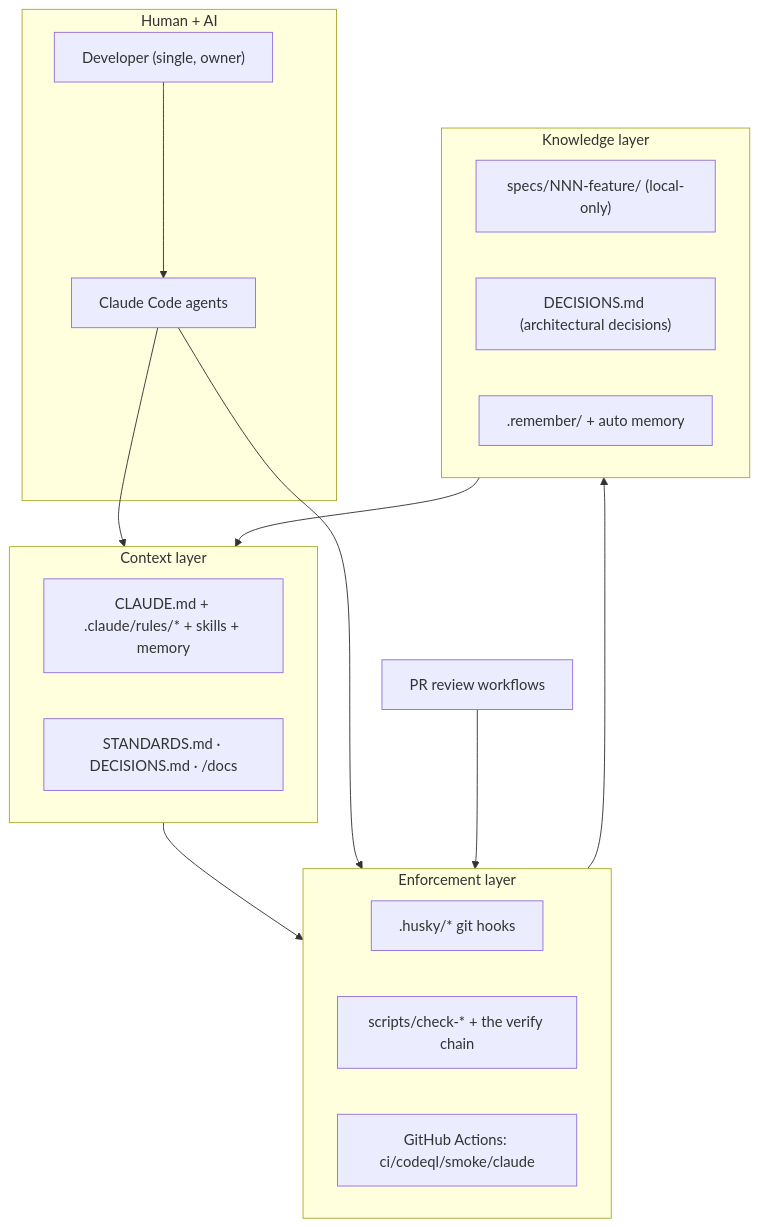
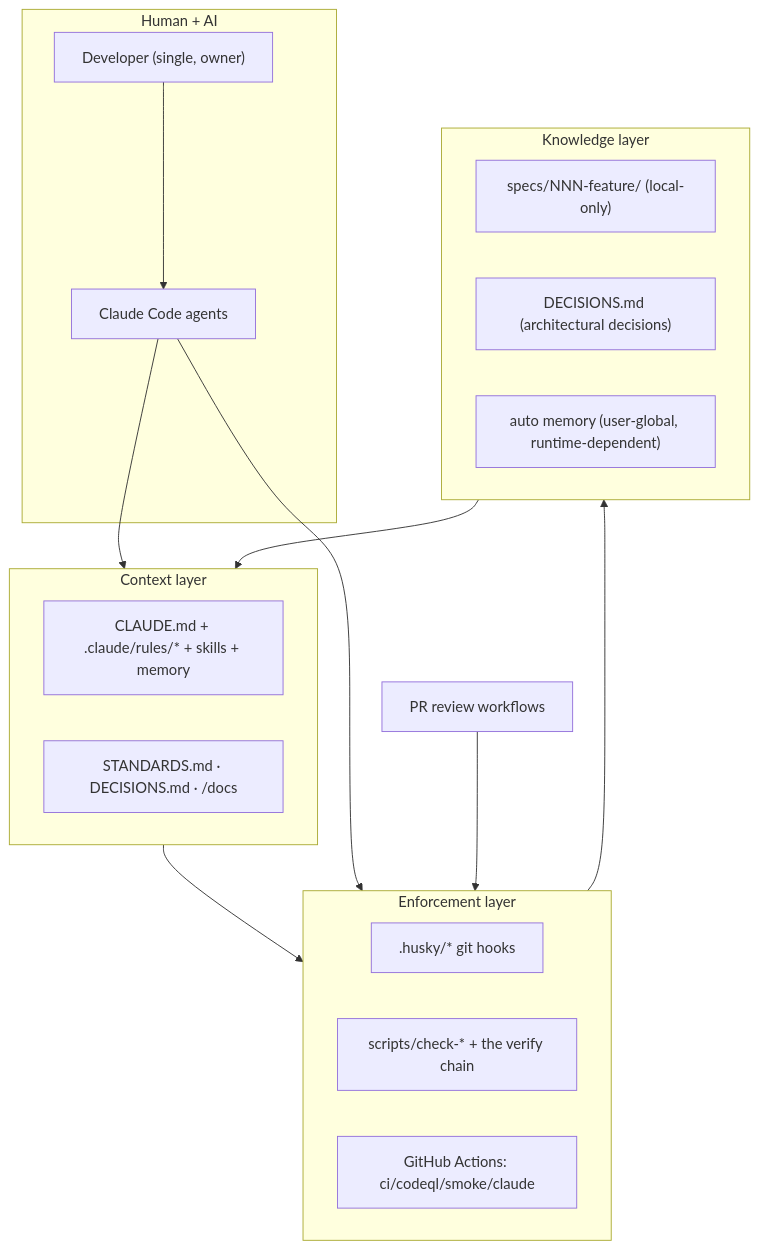
Before and after one commit to erikunha/portfolio: the diagram in docs/handbook/README.md, drawn with Mermaid. The commit also changed other lines of this file and 26 other files, not shown here.

First line of the commit message:
docs(sync): re-sync docs and mermaid diagrams to the redesigned chrome

````diff
--- a/docs/handbook/README.md
+++ b/docs/handbook/README.md
@@ -34,28 +34,28 @@
 ```mermaid
 flowchart TB
     subgraph people["Human + AI"]
         dev["Developer (single, owner)"]
         claude["Claude Code agents"]
     end
     subgraph context["Context layer"]
         cl["CLAUDE.md + .claude/rules/* + skills + memory"]
         docs["STANDARDS.md · DECISIONS.md · /docs"]
     end
     subgraph enforce["Enforcement layer"]
         husky[".husky/* git hooks"]
         gates["scripts/check-* + the verify chain"]
         ci["GitHub Actions: ci/codeql/smoke/claude"]
     end
     subgraph knowledge["Knowledge layer"]
         specs["specs/NNN-feature/ (local-only)"]
         adr["DECISIONS.md (architectural decisions)"]
-        mem[".remember/ + auto memory"]
+        mem["auto memory (user-global, runtime-dependent)"]
     end
     dev --> claude
     claude --> context
     context --> enforce
     claude --> enforce
     review["PR review workflows"] --> enforce
     enforce --> knowledge
     knowledge --> context
 ```
````
